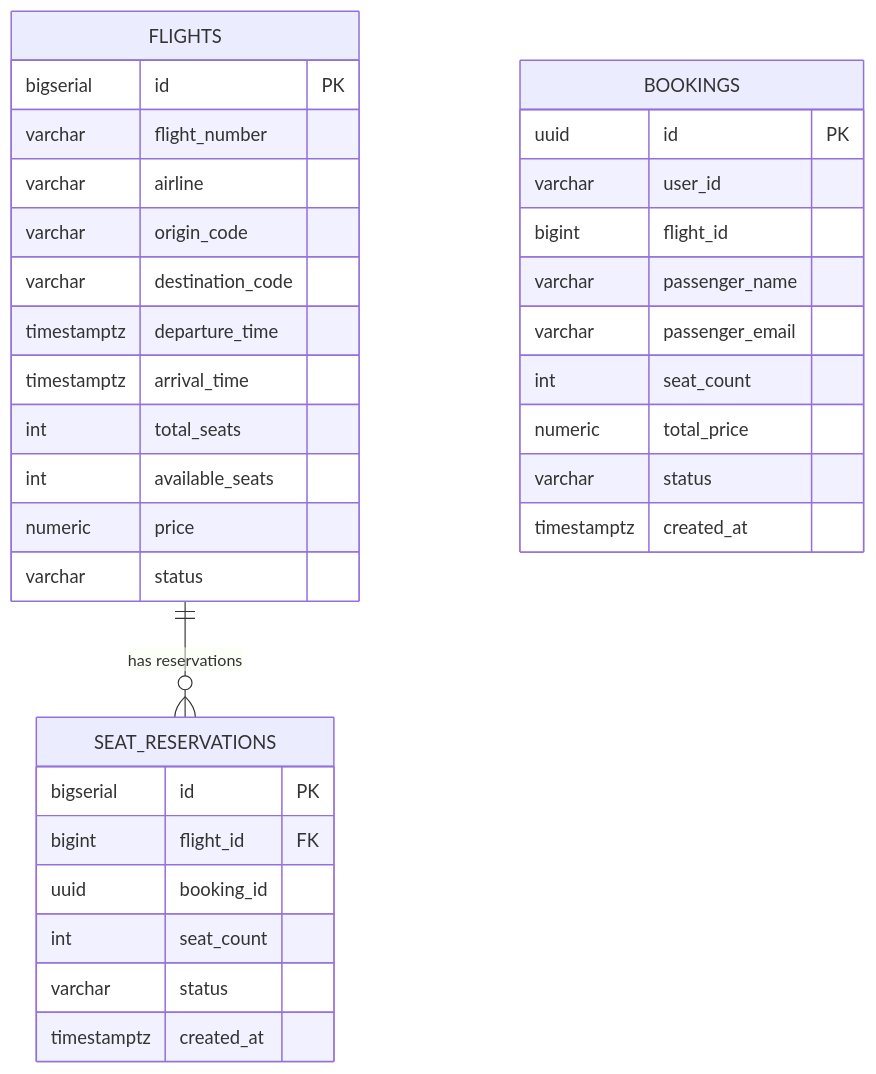
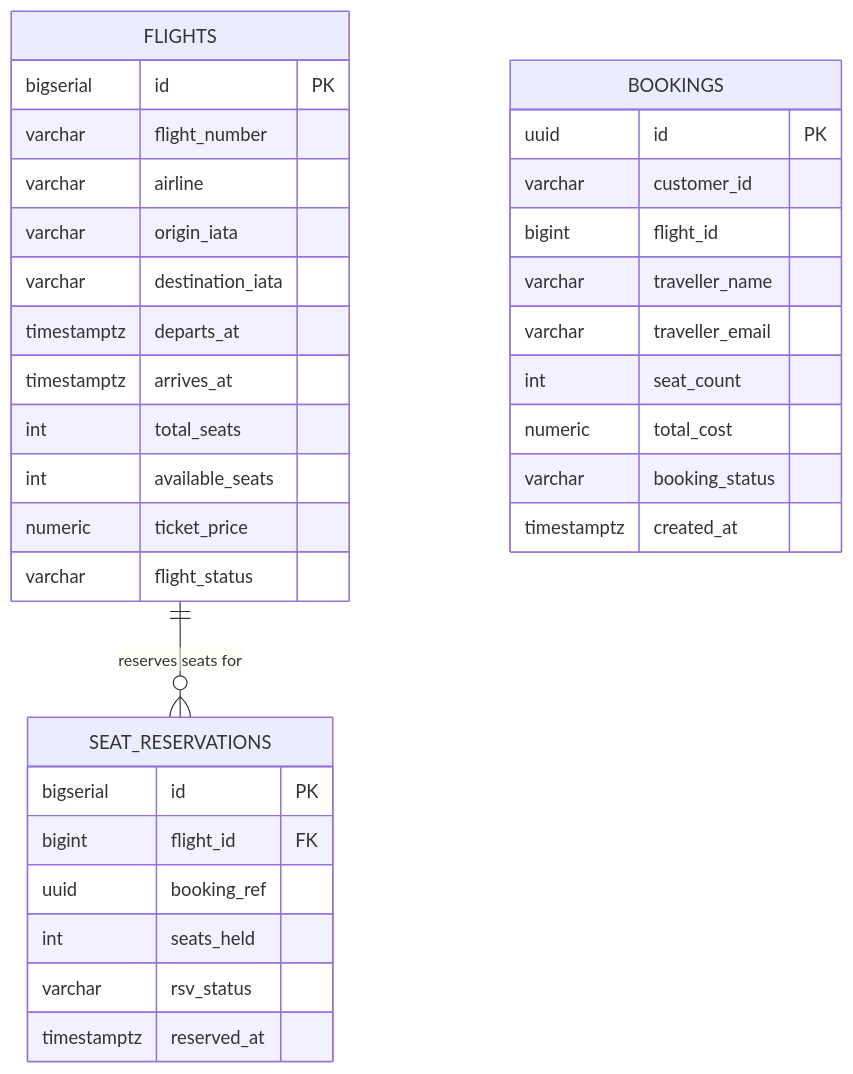
One commit to Dummo123/SaikoMaksim234Elective-1TBankService-Oriented-Architectures changed the diagram in HW 3/flight, booking/er-diagram.mmd. Above: the diagram before and after it, drawn with Mermaid. The commit also changed 1 other file, not shown here.

```diff
--- a/HW 3/flight, booking/er-diagram.mmd
+++ b/HW 3/flight, booking/er-diagram.mmd
@@ -1,37 +1,37 @@
 erDiagram
     FLIGHTS {
-        bigserial   id              PK
+        bigserial   id               PK
         varchar     flight_number
         varchar     airline
-        varchar     origin_code
-        varchar     destination_code
-        timestamptz departure_time
-        timestamptz arrival_time
+        varchar     origin_iata
+        varchar     destination_iata
+        timestamptz departs_at
+        timestamptz arrives_at
         int         total_seats
         int         available_seats
-        numeric     price
-        varchar     status
+        numeric     ticket_price
+        varchar     flight_status
     }
 
     SEAT_RESERVATIONS {
         bigserial   id          PK
         bigint      flight_id   FK
-        uuid        booking_id
-        int         seat_count
-        varchar     status
-        timestamptz created_at
+        uuid        booking_ref
+        int         seats_held
+        varchar     rsv_status
+        timestamptz reserved_at
     }
 
     BOOKINGS {
         uuid        id              PK
-        varchar     user_id
+        varchar     customer_id
         bigint      flight_id
-        varchar     passenger_name
-        varchar     passenger_email
+        varchar     traveller_name
+        varchar     traveller_email
         int         seat_count
-        numeric     total_price
-        varchar     status
+        numeric     total_cost
+        varchar     booking_status
         timestamptz created_at
     }
 
-    FLIGHTS ||--o{ SEAT_RESERVATIONS : "has reservations"
+    FLIGHTS ||--o{ SEAT_RESERVATIONS : "reserves seats for"
```
